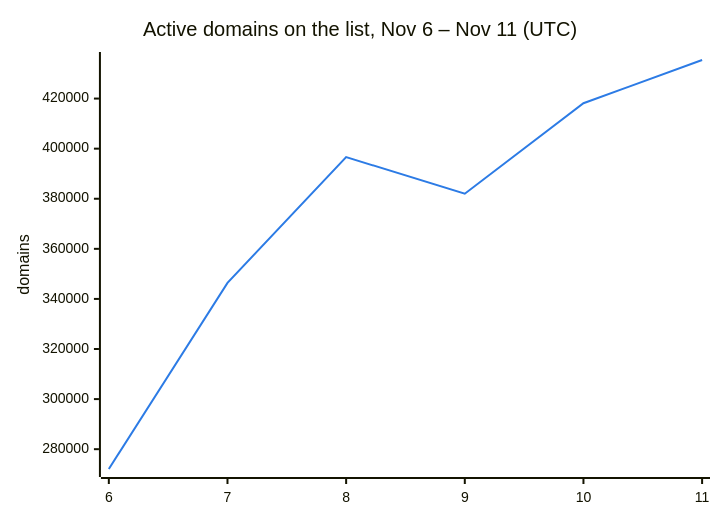
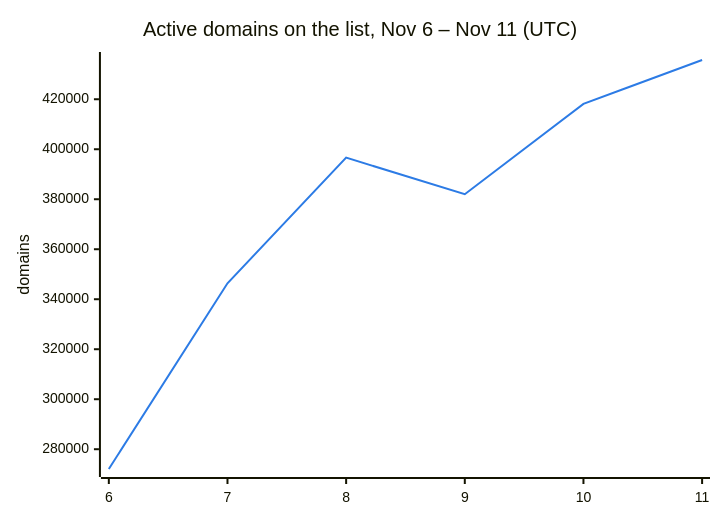
The second of 3 diagrams in README.md (DNSBunker/CTI), drawn with Mermaid before and after one commit. The commit also changed other lines of this file and 3 other files, not shown here.

````diff
--- a/README.md
+++ b/README.md
@@ -38,8 +38,8 @@
 ```mermaid
 %%{init: {"themeVariables": {"xyChart": {"plotColorPalette": "#2c7be5"}}}}%%
 xychart-beta
     title "Active domains on the list, Nov 6 – Nov 11 (UTC)"
     x-axis ["6", "7", "8", "9", "10", "11"]
     y-axis "domains"
-    line [272088, 346388, 396638, 382009, 418143, 435400]
+    line [272088, 346388, 396638, 382009, 418143, 435700]
 ```
````
